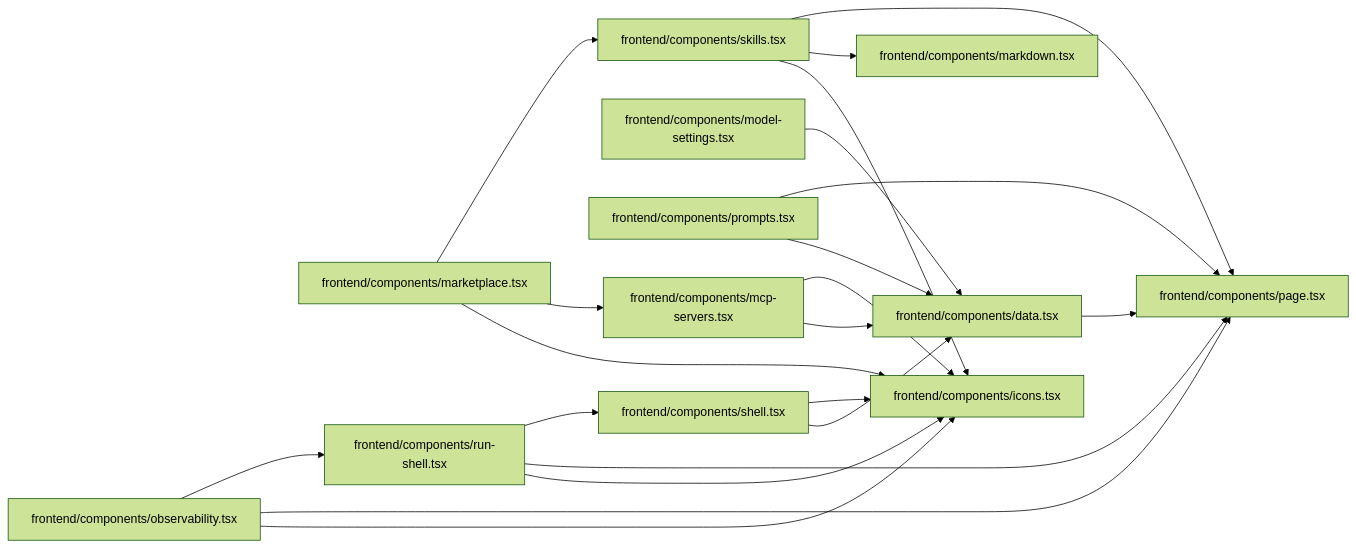
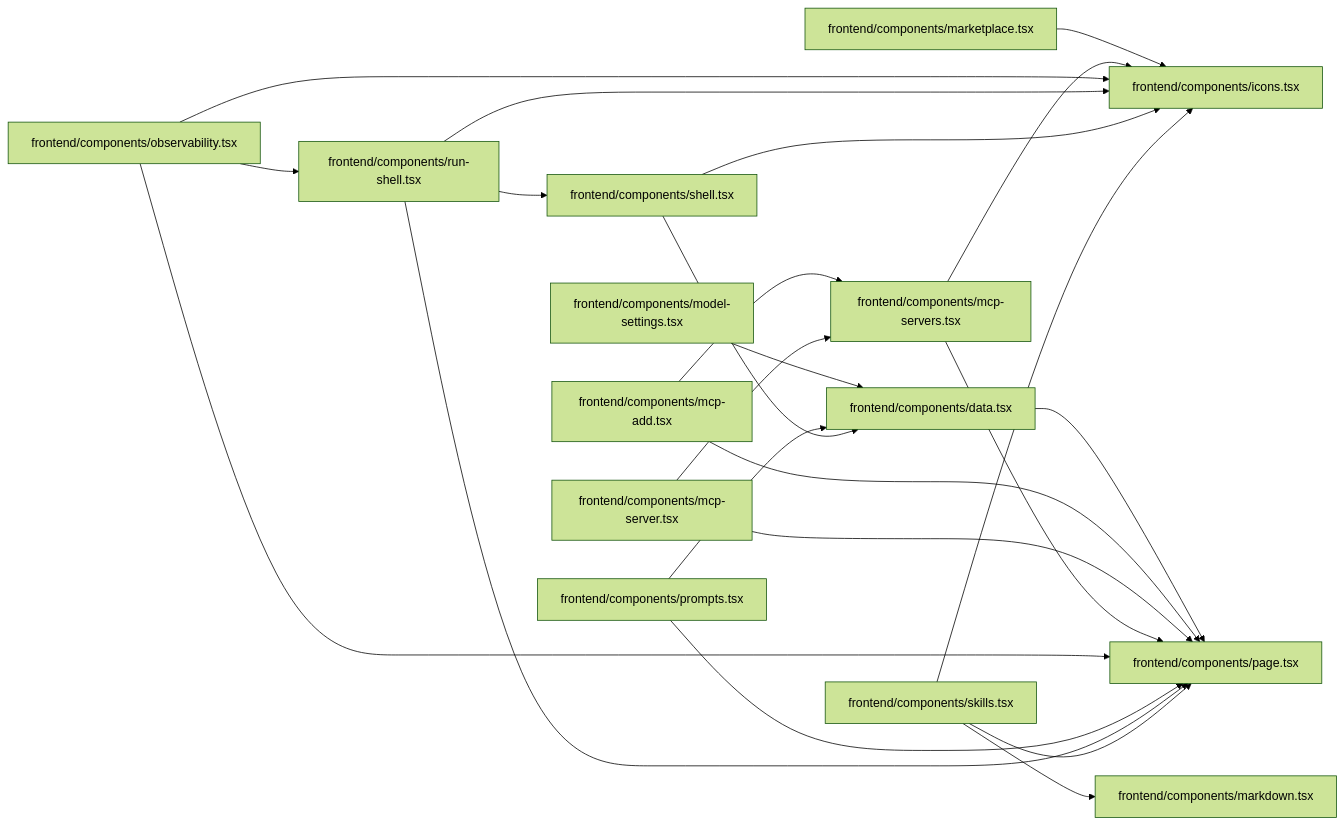
Before and after one commit to sarveshtalele/maf-harness-testing: the eighth of 21 diagrams in docs/ARCHITECTURE_MAP.md, drawn with Mermaid (forest theme). The commit also changed other lines of this file, not shown here.

Commit message:
docs: regenerate architecture map for marketplace routes and MCP pages

````diff
--- a/docs/ARCHITECTURE_MAP.md
+++ b/docs/ARCHITECTURE_MAP.md
@@ -317,35 +322,39 @@
 ```mermaid
 flowchart LR
   f0["frontend/components/data.tsx"]
   f1["frontend/components/icons.tsx"]
   f2["frontend/components/markdown.tsx"]
   f3["frontend/components/marketplace.tsx"]
-  f4["frontend/components/mcp-servers.tsx"]
-  f5["frontend/components/model-settings.tsx"]
-  f6["frontend/components/observability.tsx"]
-  f7["frontend/components/page.tsx"]
-  f8["frontend/components/prompts.tsx"]
-  f9["frontend/components/run-shell.tsx"]
-  f10["frontend/components/shell.tsx"]
-  f11["frontend/components/skills.tsx"]
-  f0 --> f7
+  f4["frontend/components/mcp-add.tsx"]
+  f5["frontend/components/mcp-server.tsx"]
+  f6["frontend/components/mcp-servers.tsx"]
+  f7["frontend/components/model-settings.tsx"]
+  f8["frontend/components/observability.tsx"]
+  f9["frontend/components/page.tsx"]
+  f10["frontend/components/prompts.tsx"]
+  f11["frontend/components/run-shell.tsx"]
+  f12["frontend/components/shell.tsx"]
+  f13["frontend/components/skills.tsx"]
+  f0 --> f9
   f3 --> f1
-  f3 --> f4
-  f3 --> f11
-  f4 --> f0
-  f4 --> f1
-  f5 --> f0
+  f4 --> f6
+  f4 --> f9
+  f5 --> f6
+  f5 --> f9
   f6 --> f1
-  f6 --> f7
   f6 --> f9
-  f8 --> f0
-  f8 --> f7
-  f9 --> f1
-  f9 --> f7
-  f9 --> f10
+  f7 --> f0
+  f8 --> f1
+  f8 --> f9
+  f8 --> f11
   f10 --> f0
-  f10 --> f1
+  f10 --> f9
   f11 --> f1
-  f11 --> f2
-  f11 --> f7
+  f11 --> f9
+  f11 --> f12
+  f12 --> f0
+  f12 --> f1
+  f13 --> f1
+  f13 --> f2
+  f13 --> f9
 ```
````
